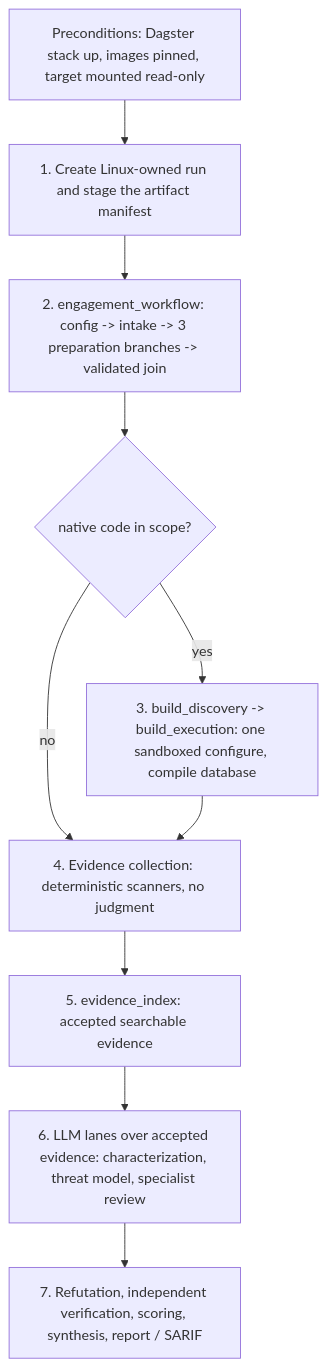
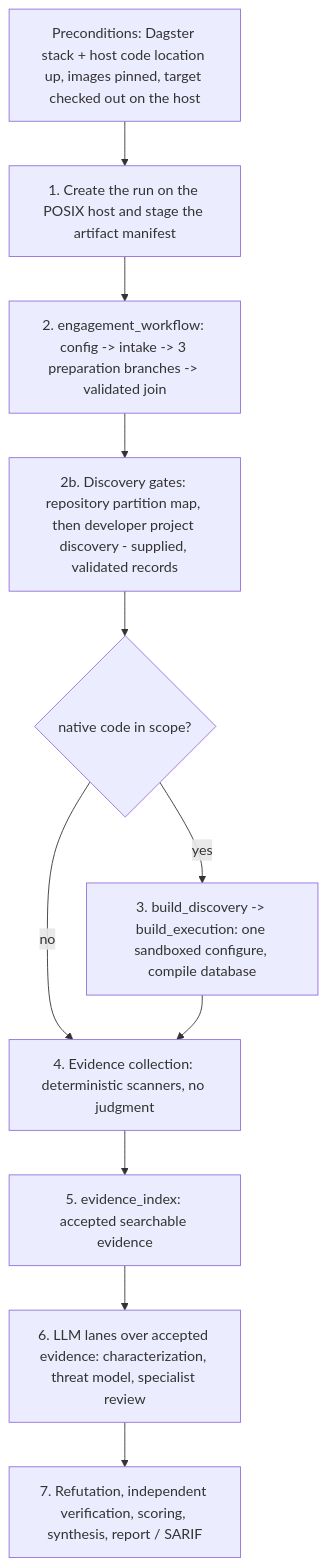
Before and after one commit to wsollers/appsec-review: the diagram in docs/processes/engagement-start.md, drawn with Mermaid. The commit also changed other lines of this file and 1 other file, not shown here.

First line of the commit message:
docs: consolidate flow tracker on the reference run; correct engagement-start for ADR-0011

````diff
--- a/docs/processes/engagement-start.md
+++ b/docs/processes/engagement-start.md
@@ -13,12 +15,13 @@
 ```mermaid
 flowchart TD
-  P0[Preconditions: Dagster stack up, images pinned, target mounted read-only] --> S1
-  S1[1. Create Linux-owned run and stage the artifact manifest] --> S2
-  S2[2. engagement_workflow: config -> intake -> 3 preparation branches -> validated join] --> G1{native code in scope?}
+  P0[Preconditions: Dagster stack + host code location up, images pinned, target checked out on the host] --> S1
+  S1[1. Create the run on the POSIX host and stage the artifact manifest] --> S2
+  S2[2. engagement_workflow: config -> intake -> 3 preparation branches -> validated join] --> S2b
+  S2b[2b. Discovery gates: repository partition map, then developer project discovery - supplied, validated records] --> G1{native code in scope?}
   G1 -- yes --> S3[3. build_discovery -> build_execution: one sandboxed configure, compile database]
   G1 -- no --> S4
   S3 --> S4[4. Evidence collection: deterministic scanners, no judgment]
   S4 --> S5[5. evidence_index: accepted searchable evidence]
   S5 --> S6[6. LLM lanes over accepted evidence: characterization, threat model, specialist review]
   S6 --> S7[7. Refutation, independent verification, scoring, synthesis, report / SARIF]
 ```
````
